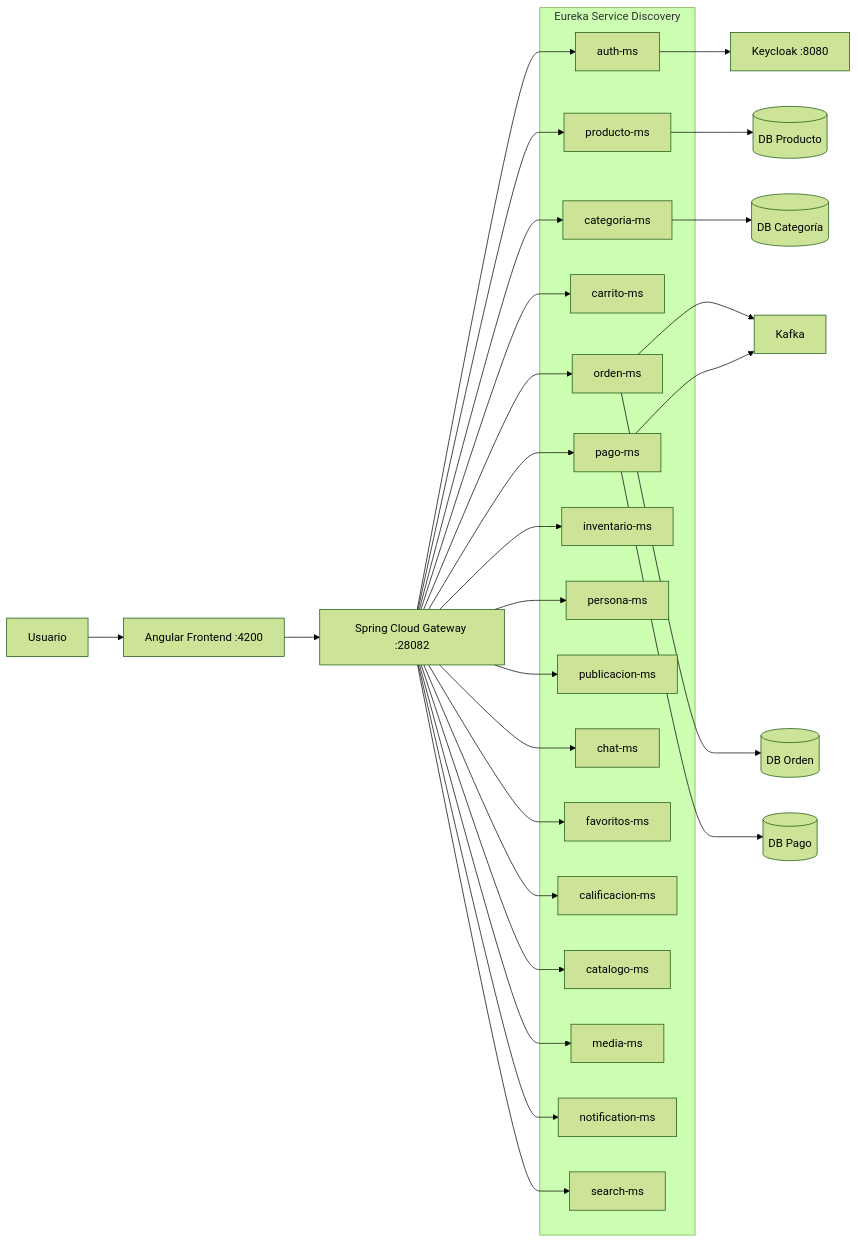
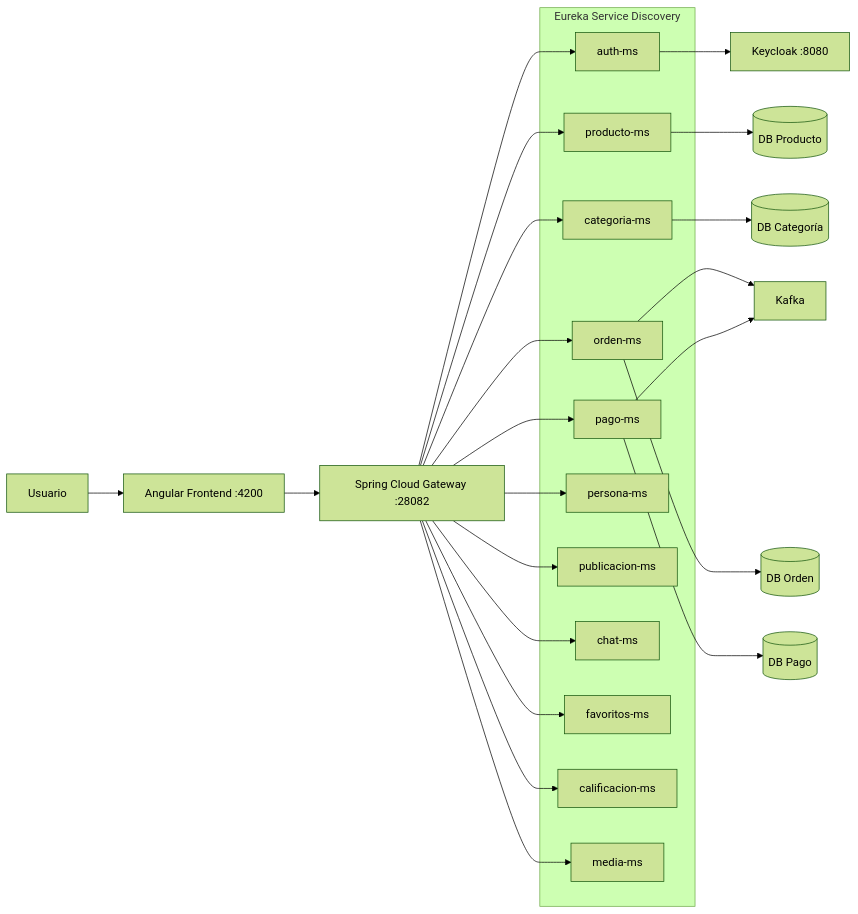
The diagram in estructura_proyecto.md (erickmijael17/SmartCampus-Marketplace), drawn with Mermaid (forest theme) before and after one commit. The commit also changed other lines of this file and 223 other files, not shown here.

````diff
--- a/estructura_proyecto.md
+++ b/estructura_proyecto.md
@@ -172,47 +167,37 @@
 ```mermaid
 flowchart LR
     Usuario[Usuario] --> Frontend[Angular Frontend :4200]
     Frontend --> Gateway[Spring Cloud Gateway :28082]
     Gateway --> Auth[auth-ms]
     Gateway --> Producto[producto-ms]
     Gateway --> Categoria[categoria-ms]
-    Gateway --> Carrito[carrito-ms]
     Gateway --> Orden[orden-ms]
     Gateway --> Pago[pago-ms]
-    Gateway --> Inventario[inventario-ms]
     Gateway --> Persona[persona-ms]
     Gateway --> Publicacion[publicacion-ms]
     Gateway --> Chat[chat-ms]
     Gateway --> Favoritos[favoritos-ms]
     Gateway --> Calificacion[calificacion-ms]
-    Gateway --> Catalogo[catalogo-ms]
     Gateway --> Media[media-ms]
-    Gateway --> Notification[notification-ms]
-    Gateway --> Search[search-ms]
     Auth --> Keycloak[Keycloak :8080]
     Orden --> Kafka[Kafka]
     Pago --> Kafka
     Producto --> DBProducto[(DB Producto)]
     Categoria --> DBCategoria[(DB Categoría)]
     Orden --> DBOrden[(DB Orden)]
     Pago --> DBPago[(DB Pago)]
 
     subgraph Eureka[Eureka Service Discovery]
         Auth
         Producto
         Categoria
-        Carrito
         Orden
         Pago
-        Inventario
         Persona
         Publicacion
         Chat
         Favoritos
         Calificacion
-        Catalogo
         Media
-        Notification
-        Search
     end
 ```
````
